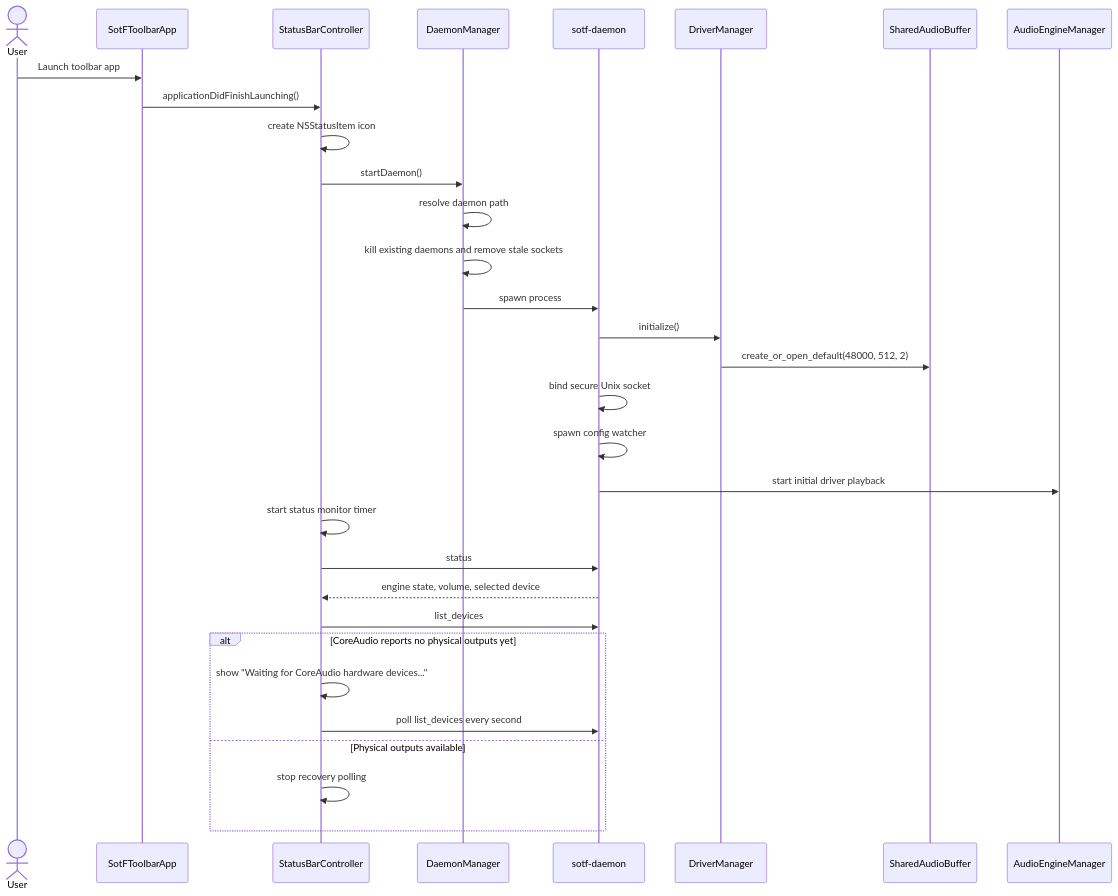
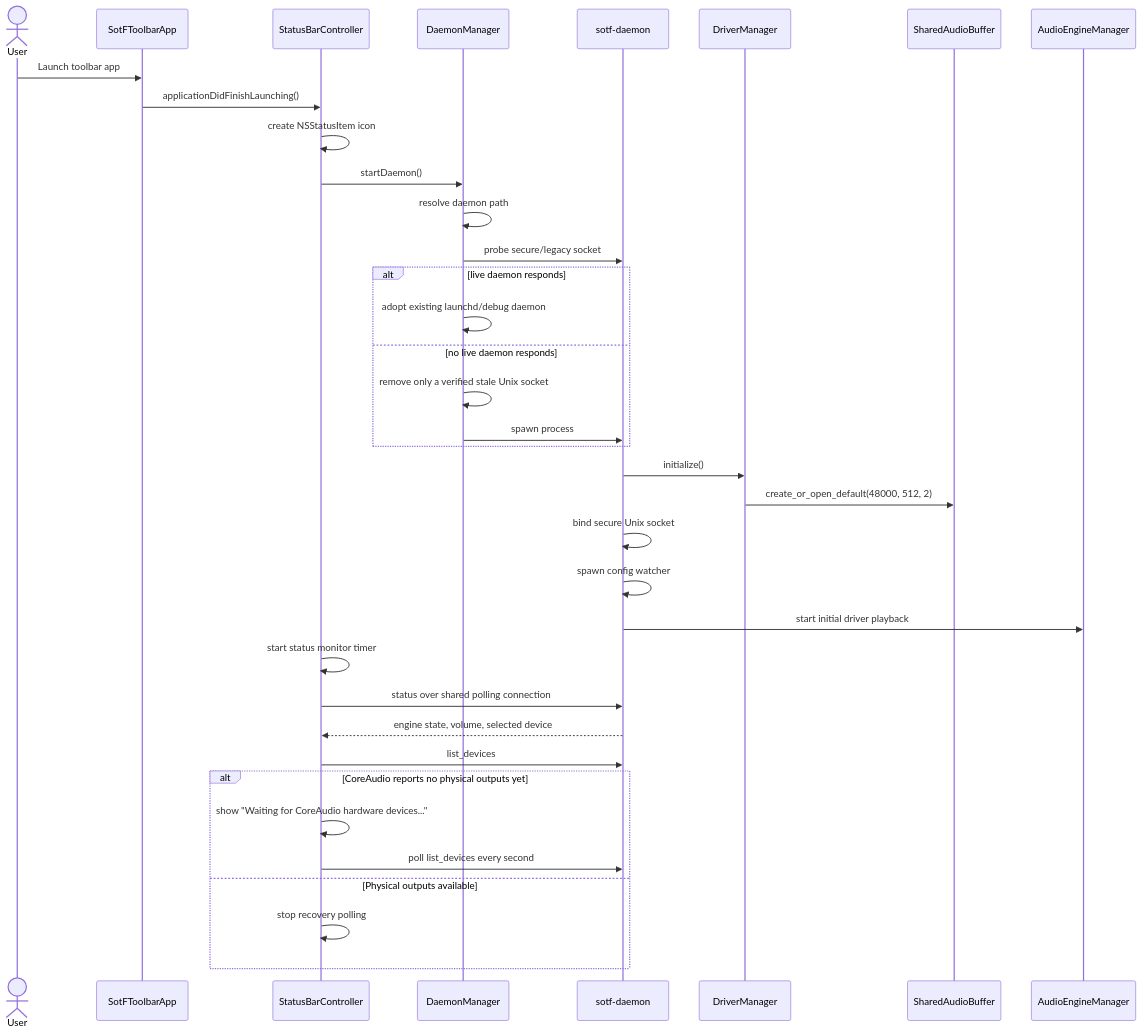
The fourth of 13 diagrams in crates/systemwide/ARCHITECTURE.md (pierreaubert/sotf), drawn with Mermaid before and after one commit. The commit also changed other lines of this file and 57 other files, not shown here.

````diff
--- a/crates/systemwide/ARCHITECTURE.md
+++ b/crates/systemwide/ARCHITECTURE.md
@@ -398,34 +412,39 @@
 ```mermaid
 sequenceDiagram
     actor User
     participant App as SotFToolbarApp
     participant Status as StatusBarController
     participant Dm as DaemonManager
     participant Daemon as sotf-daemon
     participant Driver as DriverManager
     participant Shm as SharedAudioBuffer
     participant Engine as AudioEngineManager
 
     User->>App: Launch toolbar app
     App->>Status: applicationDidFinishLaunching()
     Status->>Status: create NSStatusItem icon
     Status->>Dm: startDaemon()
     Dm->>Dm: resolve daemon path
-    Dm->>Dm: kill existing daemons and remove stale sockets
-    Dm->>Daemon: spawn process
+    Dm->>Daemon: probe secure/legacy socket
+    alt live daemon responds
+        Dm->>Dm: adopt existing launchd/debug daemon
+    else no live daemon responds
+        Dm->>Dm: remove only a verified stale Unix socket
+        Dm->>Daemon: spawn process
+    end
     Daemon->>Driver: initialize()
     Driver->>Shm: create_or_open_default(48000, 512, 2)
     Daemon->>Daemon: bind secure Unix socket
     Daemon->>Daemon: spawn config watcher
     Daemon->>Engine: start initial driver playback
     Status->>Status: start status monitor timer
-    Status->>Daemon: status
+    Status->>Daemon: status over shared polling connection
     Daemon-->>Status: engine state, volume, selected device
     Status->>Daemon: list_devices
     alt CoreAudio reports no physical outputs yet
         Status->>Status: show "Waiting for CoreAudio hardware devices..."
         Status->>Daemon: poll list_devices every second
     else Physical outputs available
         Status->>Status: stop recovery polling
     end
 ```
````
